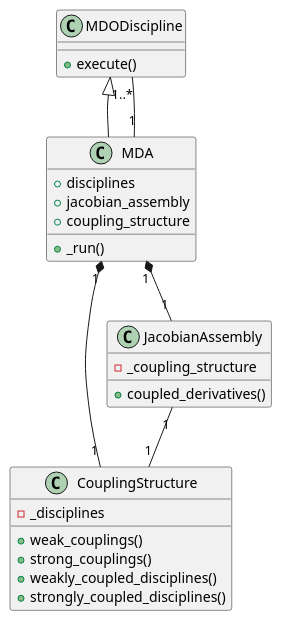
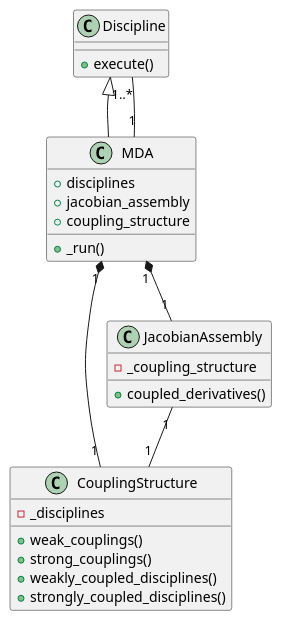
One commit to gemseo/gemseo changed the diagram in doc_src/disciplines/jacobian_assembly.rst. Above: the diagram before and after it, drawn with PlantUML. The commit also changed other lines of this file and 267 other files, not shown here.

```diff
--- a/doc_src/disciplines/jacobian_assembly.rst
+++ b/doc_src/disciplines/jacobian_assembly.rst
@@ -218,32 +218,32 @@
 .. uml::
 
    @startuml
 
-   class MDODiscipline {
+   class Discipline {
    +execute()
    }
    class MDA {
      +disciplines
      +jacobian_assembly
      +coupling_structure
      +_run()
    }
    class CouplingStructure {
      -_disciplines
      +weak_couplings()
      +strong_couplings()
      +weakly_coupled_disciplines()
      +strongly_coupled_disciplines()
    }
    class JacobianAssembly {
      -_coupling_structure
      +coupled_derivatives()
    }
 
-   MDODiscipline <|-- MDA
+   Discipline <|-- MDA
    MDA "1" *-- "1" CouplingStructure
    MDA "1" *-- "1" JacobianAssembly
-   MDA "1" -- "1..*" MDODiscipline
+   MDA "1" -- "1..*" Discipline
    JacobianAssembly "1" -- "1" CouplingStructure
 
    @enduml
```
